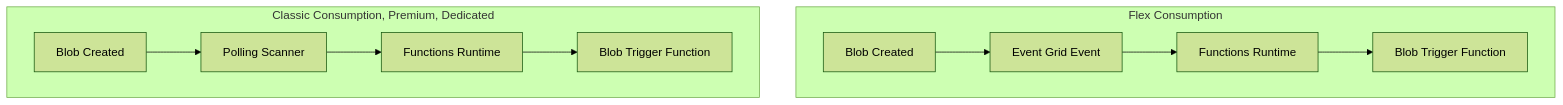
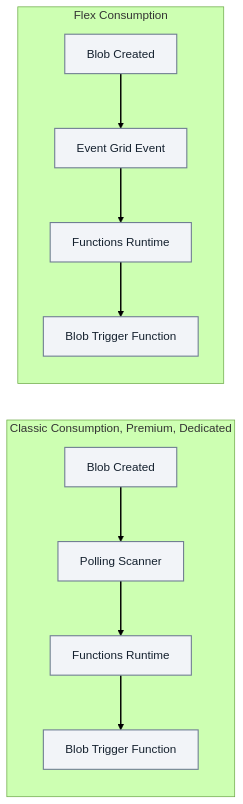
Before and after one commit to yeongseon/azure-functions-practical-guide: the second of 5 diagrams in docs/platform/triggers-and-bindings.md, drawn with Mermaid (forest theme). The commit also changed other lines of this file and 3 other files, not shown here.

First line of the commit message:
docs(diagrams): migrate Functions platform runtime — custom handlers and hosting and related pages (#414)

````diff
--- a/docs/platform/triggers-and-bindings.md
+++ b/docs/platform/triggers-and-bindings.md
@@ -196,13 +201,22 @@
 ```mermaid
-flowchart TB
+flowchart TD
+    accTitle: Event-based and polling-based blob trigger models
+    accDescr: Compare two logical detection and invocation paths. Flex Consumption uses Blob Created, Event Grid Event, Functions Runtime and Blob Trigger Function. Classic Consumption, Premium and Dedicated can use Blob Created, Polling Scanner, Functions Runtime and Blob Trigger Function. Groups identify model availability, not physical resource containment; arrows are stage order, not transport direction.
     subgraph FC[Flex Consumption]
+        direction TB
         B1[Blob Created] --> EG[Event Grid Event]
         EG --> RT1[Functions Runtime]
         RT1 --> F1[Blob Trigger Function]
     end
     subgraph CL[Classic Consumption, Premium, Dedicated]
+        direction TB
         B2[Blob Created] --> POLL[Polling Scanner]
         POLL --> RT2[Functions Runtime]
         RT2 --> F2[Blob Trigger Function]
     end
+    %% Layout-only link tiers the two models; it adds no processing step or semantic arrow.
+    F1 ~~~ B2
+    classDef baseNeutral fill:#f2f4f8,stroke:#707e93,stroke-width:1.5px,color:#14202e;
+    class B1,EG,RT1,F1,B2,POLL,RT2,F2 baseNeutral;
+    linkStyle default stroke-width:2px;
 ```
````
